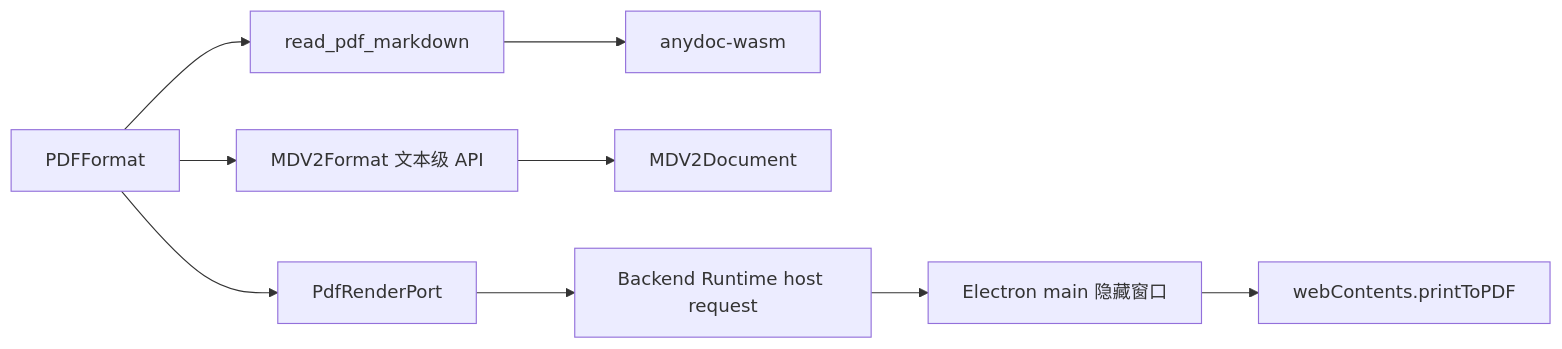
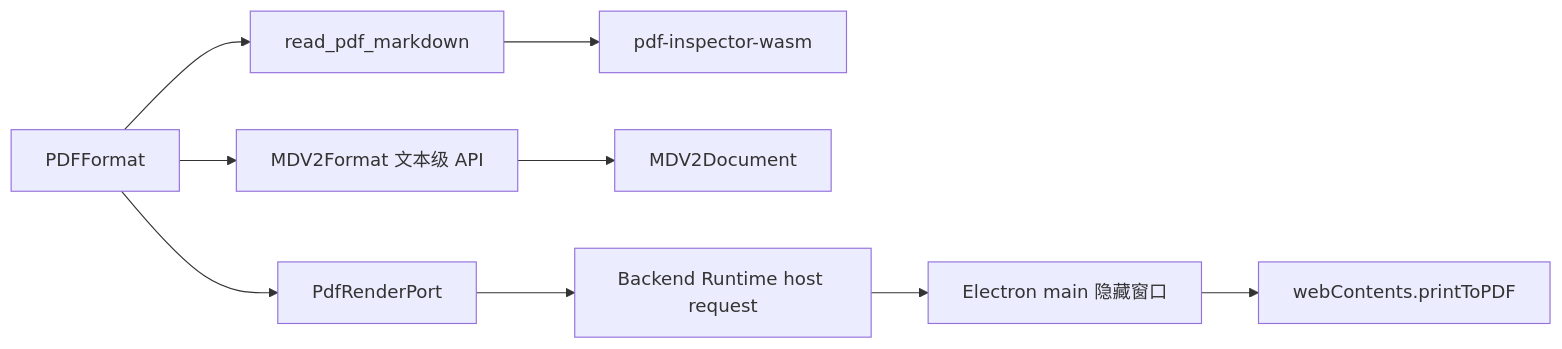
One commit to neavo/LinguaGacha changed the diagram in plan/plan-20121212-pdf-markdown-support.md. Above: the diagram before and after it, drawn with Mermaid. The commit also changed other lines of this file and 61 other files, not shown here.

````diff
--- a/plan/plan-20121212-pdf-markdown-support.md
+++ b/plan/plan-20121212-pdf-markdown-support.md
@@ -83,11 +83,11 @@
 ```mermaid
 flowchart LR
     PdfFormat["PDFFormat"] --> PdfReader["read_pdf_markdown"]
-    PdfReader --> AnyDoc["anydoc-wasm"]
+    PdfReader --> PdfInspector["pdf-inspector-wasm"]
     PdfFormat --> MdFormat["MDV2Format 文本级 API"]
     MdFormat --> MdDocument["MDV2Document"]
     PdfFormat --> PdfPort["PdfRenderPort"]
     PdfPort --> HostRequest["Backend Runtime host request"]
     HostRequest --> ElectronHost["Electron main 隐藏窗口"]
     ElectronHost --> Chromium["webContents.printToPDF"]
 ```
````
